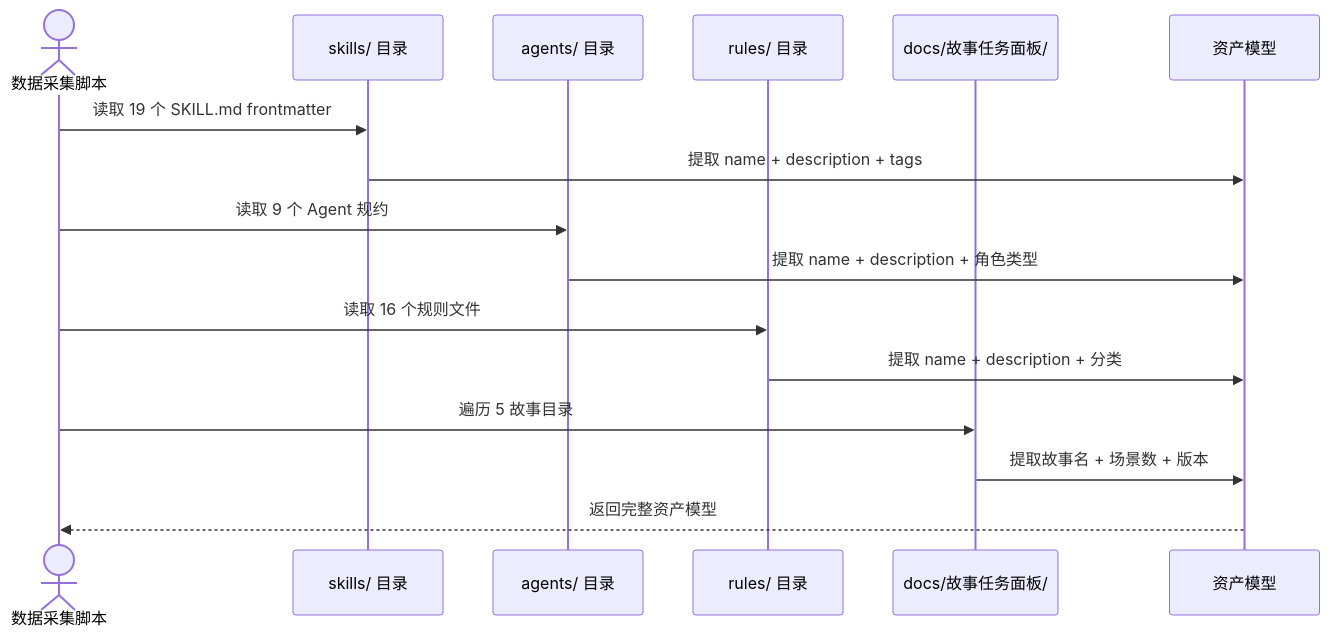
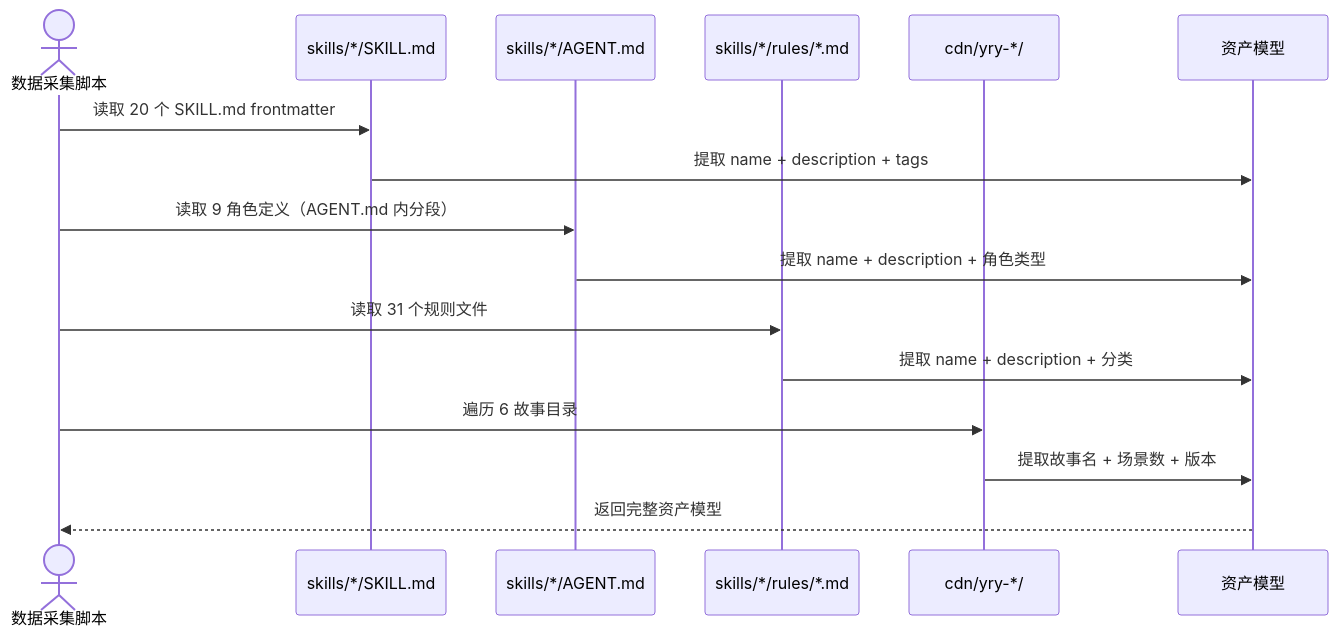
One commit to effiy/YrY changed the second of 3 diagrams in cdn/yry-home/scenes/场景-1-数据采集与六层聚合/index.md. Above: the diagram before and after it, drawn with Mermaid. The commit also changed other lines of this file and 1028 other files, not shown here.

````diff
--- a/cdn/yry-home/scenes/场景-1-数据采集与六层聚合/index.md
+++ b/cdn/yry-home/scenes/场景-1-数据采集与六层聚合/index.md
@@ -86,19 +87,19 @@
 ```mermaid
 sequenceDiagram
     actor D as 数据采集脚本
-    participant S as skills/ 目录
-    participant A as agents/ 目录
-    participant R as rules/ 目录
-    participant P as docs/故事任务面板/
+    participant S as skills/*/SKILL.md
+    participant A as skills/*/AGENT.md
+    participant R as skills/*/rules/*.md
+    participant P as cdn/yry-*/
     participant M as 资产模型
 
-    D->>S: 读取 19 个 SKILL.md frontmatter
+    D->>S: 读取 20 个 SKILL.md frontmatter
     S->>M: 提取 name + description + tags
-    D->>A: 读取 9 个 Agent 规约
+    D->>A: 读取 9 角色定义（AGENT.md 内分段）
     A->>M: 提取 name + description + 角色类型
-    D->>R: 读取 16 个规则文件
+    D->>R: 读取 31 个规则文件
     R->>M: 提取 name + description + 分类
-    D->>P: 遍历 5 故事目录
+    D->>P: 遍历 6 故事目录
     P->>M: 提取故事名 + 场景数 + 版本
     M-->>D: 返回完整资产模型
 ```
````
